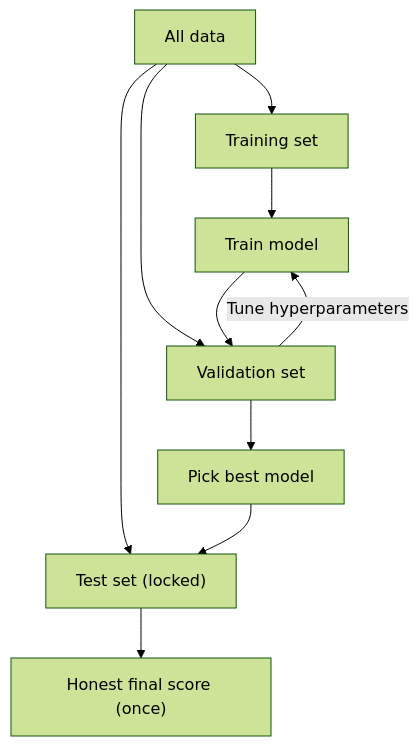
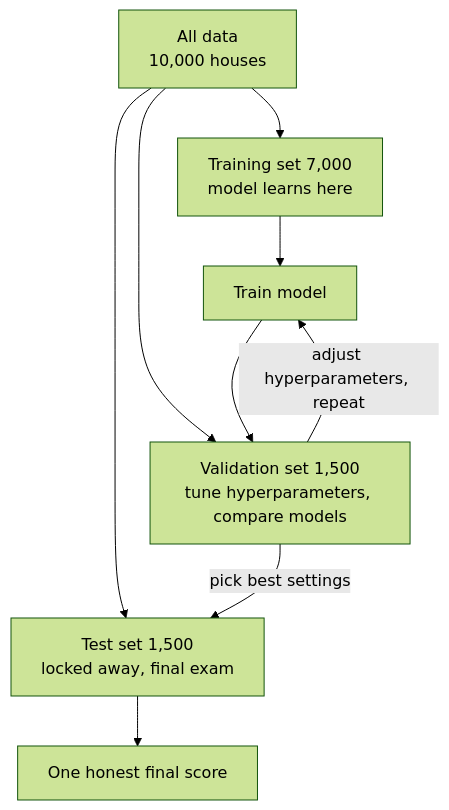
The first of 2 diagrams in notes/step-01-machine-learning-foundations/009-train-validation-test-split.md (kaisarnajar/outcome-school-blogs), drawn with Mermaid (forest theme) before and after one commit. The commit also changed other lines of this file and 233 other files, not shown here.

````diff
--- a/notes/step-01-machine-learning-foundations/009-train-validation-test-split.md
+++ b/notes/step-01-machine-learning-foundations/009-train-validation-test-split.md
@@ -49,12 +68,11 @@
 ```mermaid
 flowchart TD
-    D["All data"] --> TR["Training set"]
-    D --> V["Validation set"]
-    D --> TE["Test set (locked)"]
+    ALL["All data<br/>10,000 houses"] --> TR["Training set 7,000<br/>model learns here"]
+    ALL --> VA["Validation set 1,500<br/>tune hyperparameters, compare models"]
+    ALL --> TE["Test set 1,500<br/>locked away, final exam"]
     TR --> M["Train model"]
-    M --> V
-    V -->|"Tune hyperparameters"| M
-    V --> B["Pick best model"]
-    B --> TE
-    TE --> S["Honest final score (once)"]
+    M --> VA
+    VA -->|"adjust hyperparameters, repeat"| M
+    VA -->|"pick best settings"| TE
+    TE --> S["One honest final score"]
 ```
````
